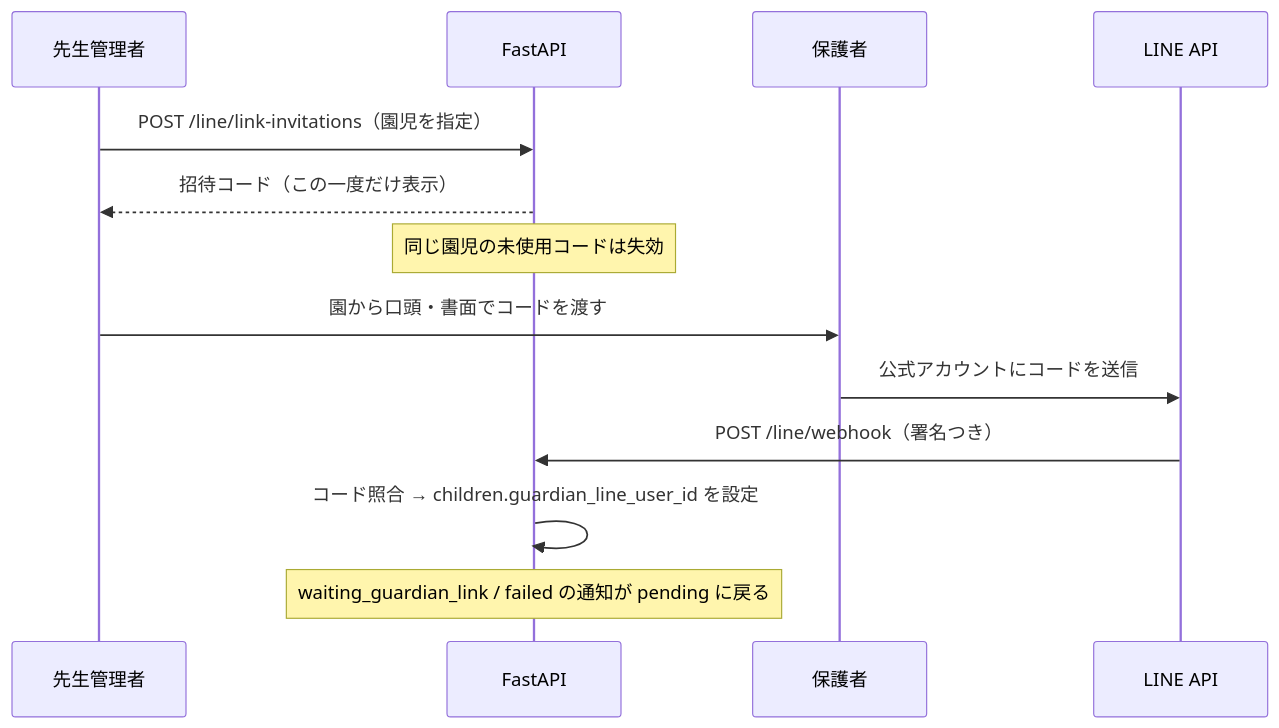
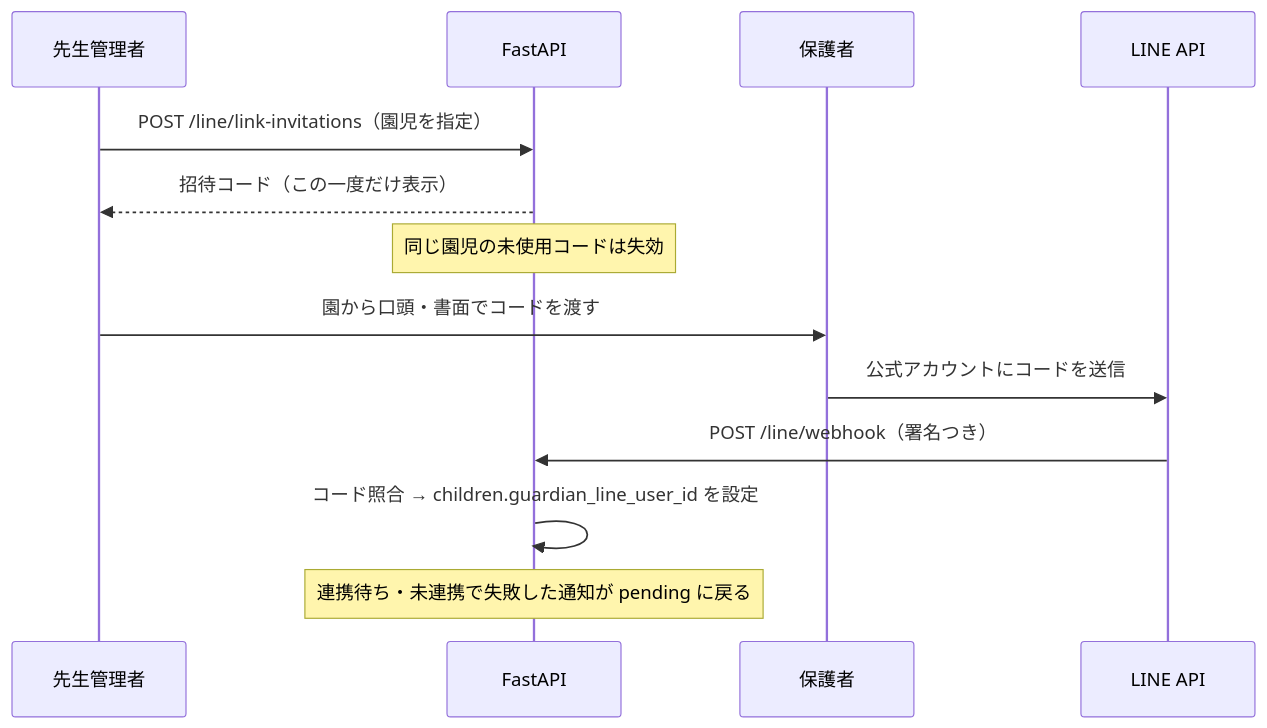
Before and after one commit to fuji0567/small-step: the first of 2 diagrams in docs/architecture/integrations.md, drawn with Mermaid. The commit also changed other lines of this file and 9 other files, not shown here.

````diff
--- a/docs/architecture/integrations.md
+++ b/docs/architecture/integrations.md
@@ -34,16 +40,16 @@
 ```mermaid
 sequenceDiagram
     participant Admin as 先生管理者
     participant API as FastAPI
     participant G as 保護者
     participant LINE as LINE API
 
     Admin->>API: POST /line/link-invitations（園児を指定）
     API-->>Admin: 招待コード（この一度だけ表示）
     Note over API: 同じ園児の未使用コードは失効
     Admin->>G: 園から口頭・書面でコードを渡す
     G->>LINE: 公式アカウントにコードを送信
     LINE->>API: POST /line/webhook（署名つき）
     API->>API: コード照合 → children.guardian_line_user_id を設定
-    Note over API: waiting_guardian_link / failed の通知が pending に戻る
+    Note over API: 連携待ち・未連携で失敗した通知が pending に戻る
 ```
````
